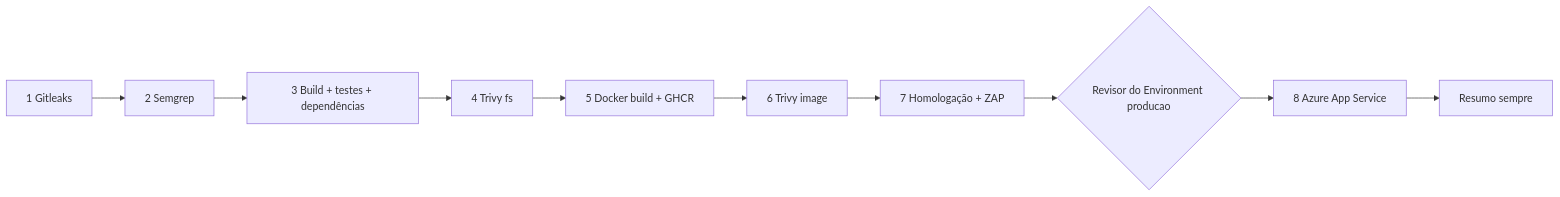
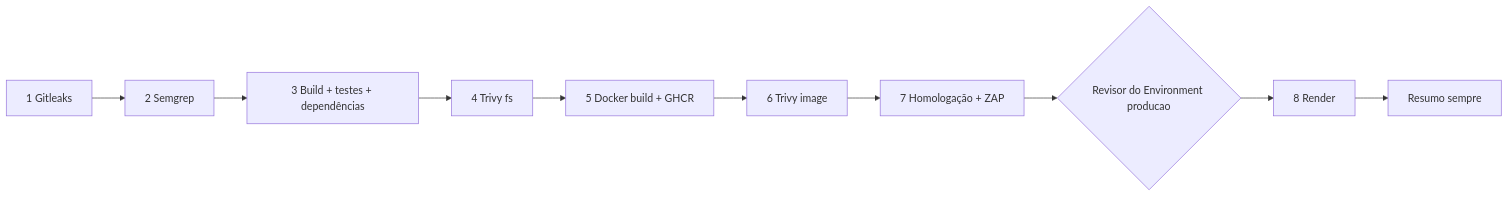
The diagram in docs/pipeline.md (PedroBalles/CP3-DevSecOps-Challenge), drawn with Mermaid before and after one commit. The commit also changed other lines of this file and 5 other files, not shown here.

First line of the commit message:
feat(deploy): etapa 8 passa a usar Render em vez de Azure

````diff
--- a/docs/pipeline.md
+++ b/docs/pipeline.md
@@ -14,12 +14,12 @@
 ```mermaid
 flowchart LR
   A[1 Gitleaks] --> B[2 Semgrep]
   B --> C[3 Build + testes + dependências]
   C --> D[4 Trivy fs]
   D --> E[5 Docker build + GHCR]
   E --> F[6 Trivy image]
   F --> G[7 Homologação + ZAP]
   G --> H{Revisor do Environment producao}
-  H --> I[8 Azure App Service]
+  H --> I[8 Render]
   I --> J[Resumo sempre]
 ```
````
